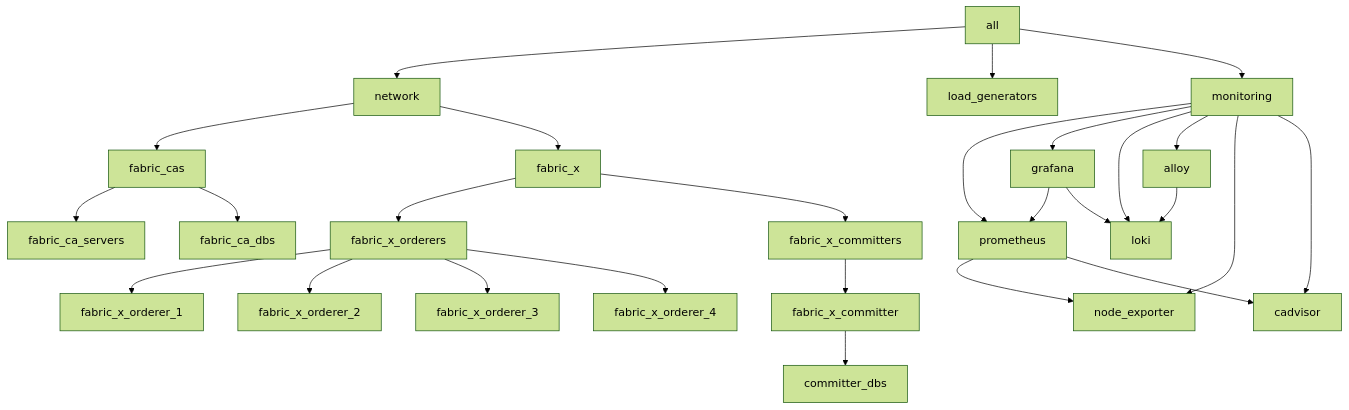
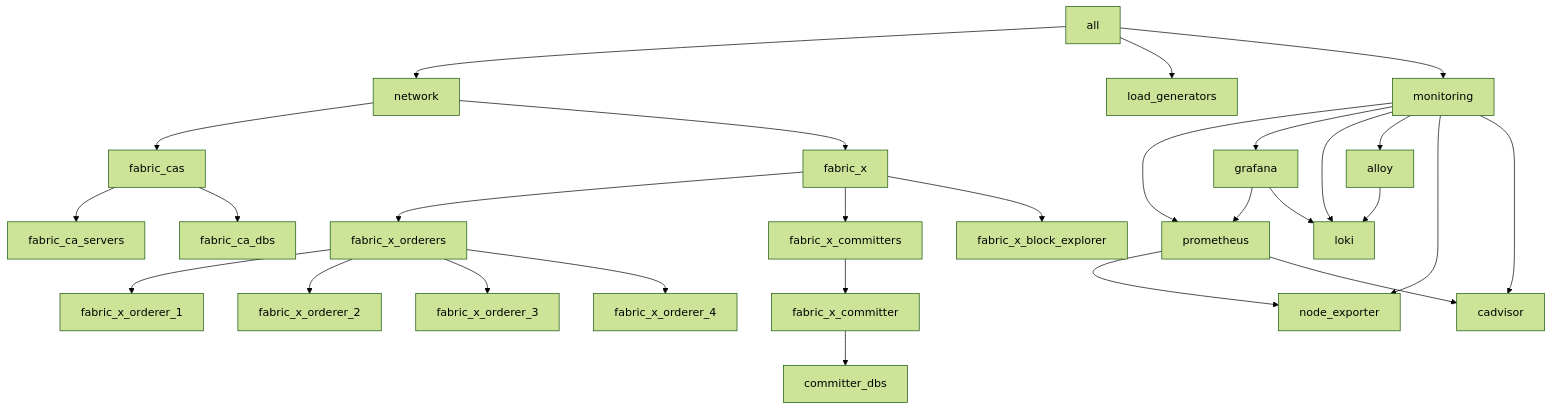
The diagram in examples/inventory/docs/local/fabric-x-yugabyte.md (LF-Decentralized-Trust-labs/fabric-x-ansible-collection), drawn with Mermaid (forest theme) before and after one commit. The commit also changed other lines of this file and 168 other files, not shown here.

Commit message:
Add support for `fabric-x-block-explorer` (#338)

````diff
--- a/examples/inventory/docs/local/fabric-x-yugabyte.md
+++ b/examples/inventory/docs/local/fabric-x-yugabyte.md
@@ -34,29 +35,30 @@
 ```mermaid
 flowchart TD
   all --> network
   network --> fabric_cas
   network --> fabric_x
   all --> load_generators
   all --> monitoring
   monitoring --> prometheus
   monitoring --> grafana
   monitoring --> loki
   monitoring --> alloy
   monitoring --> node_exporter
   monitoring --> cadvisor
   grafana --> prometheus
   grafana --> loki
   alloy --> loki
   prometheus --> node_exporter
   prometheus --> cadvisor
   fabric_cas --> fabric_ca_servers
   fabric_cas --> fabric_ca_dbs
   fabric_x --> fabric_x_orderers
   fabric_x --> fabric_x_committers
+  fabric_x --> fabric_x_block_explorer
   fabric_x_committers --> fabric_x_committer
   fabric_x_orderers --> fabric_x_orderer_1
   fabric_x_orderers --> fabric_x_orderer_2
   fabric_x_orderers --> fabric_x_orderer_3
   fabric_x_orderers --> fabric_x_orderer_4
   fabric_x_committer --> committer_dbs
 ```
````
